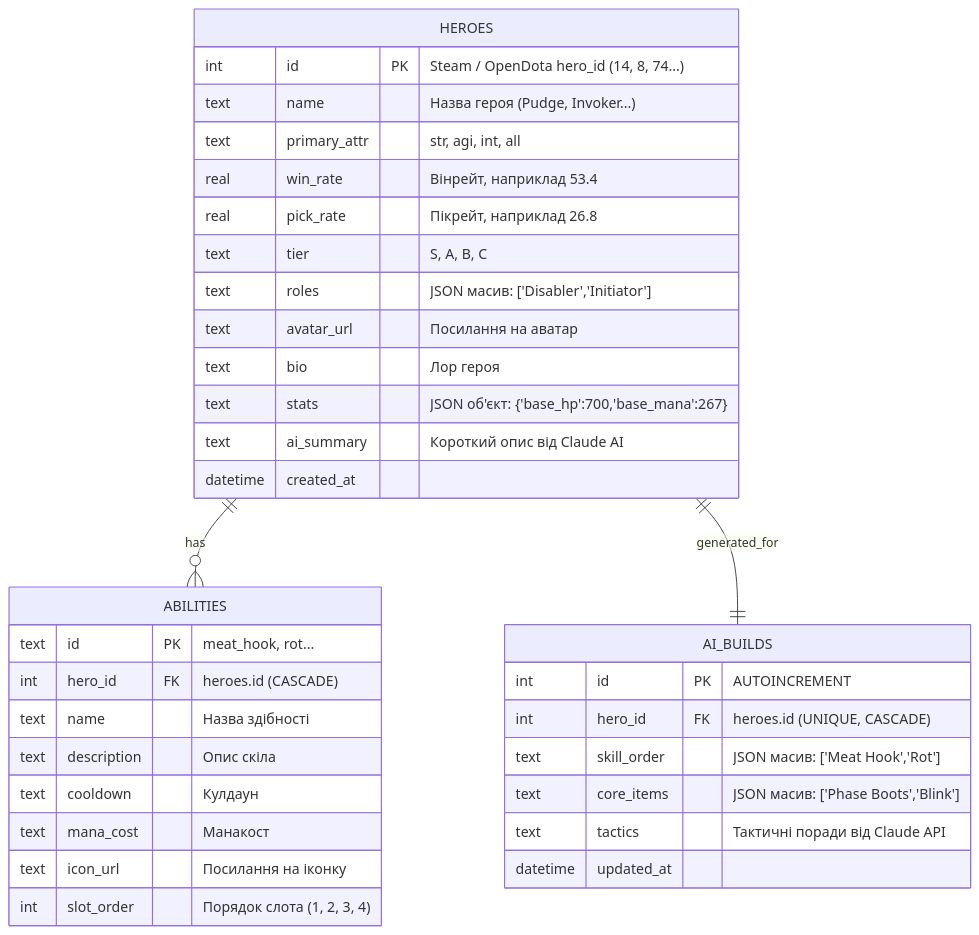
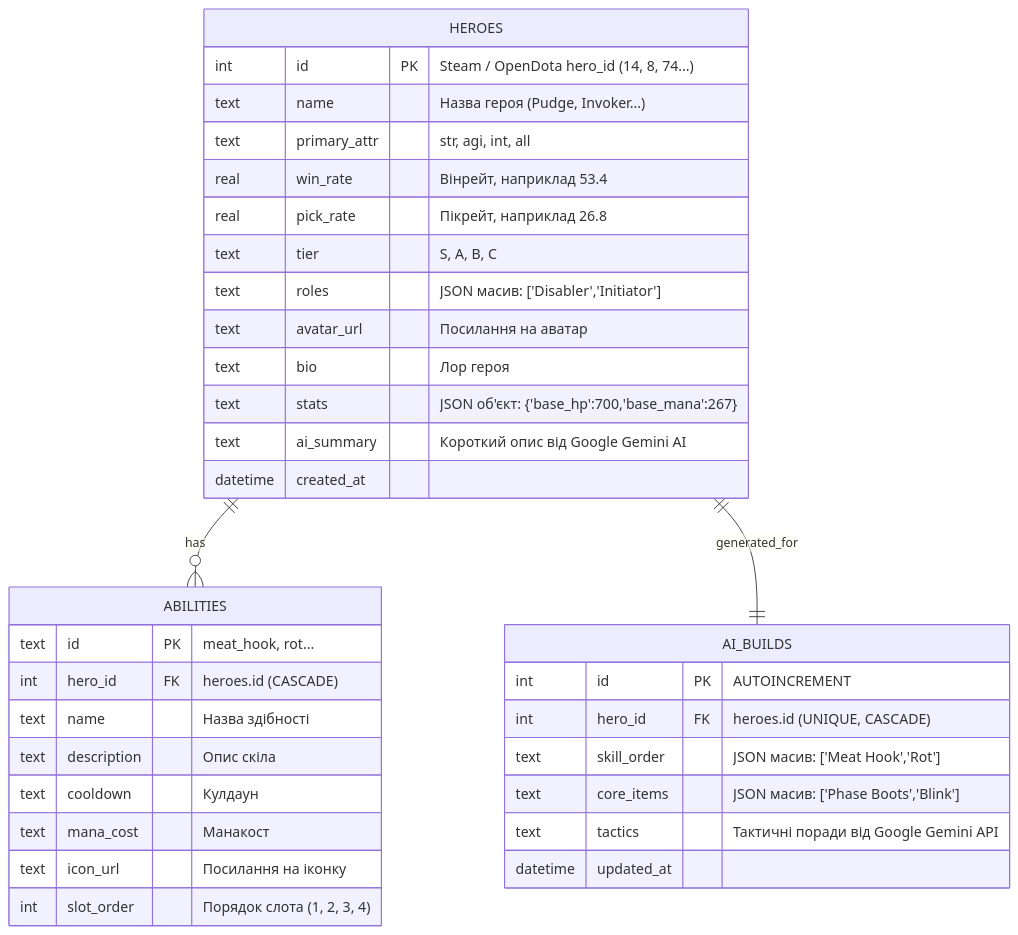
Before and after one commit to rei968/hakatone: the diagram in docs/DATABASE_ERD.md, drawn with Mermaid. The commit also changed 8 other files, not shown here.

Commit message:
docs: finalize MangoDota branding, Gemini AI integration, and complete HeroWithBuild OpenAPI schema

````diff
--- a/docs/DATABASE_ERD.md
+++ b/docs/DATABASE_ERD.md
@@ -8,40 +8,40 @@
 ```mermaid
 erDiagram
     HEROES ||--o{ ABILITIES : has
     HEROES ||--|| AI_BUILDS : generated_for
 
     HEROES {
         int id PK "Steam / OpenDota hero_id (14, 8, 74...)"
         text name "Назва героя (Pudge, Invoker...)"
         text primary_attr "str, agi, int, all"
         real win_rate "Вінрейт, наприклад 53.4"
         real pick_rate "Пікрейт, наприклад 26.8"
         text tier "S, A, B, C"
         text roles "JSON масив: ['Disabler','Initiator']"
         text avatar_url "Посилання на аватар"
         text bio "Лор героя"
         text stats "JSON об'єкт: {'base_hp':700,'base_mana':267}"
-        text ai_summary "Короткий опис від Claude AI"
+        text ai_summary "Короткий опис від Google Gemini AI"
         datetime created_at
     }
 
     ABILITIES {
         text id PK "meat_hook, rot..."
         int hero_id FK "heroes.id (CASCADE)"
         text name "Назва здібності"
         text description "Опис скіла"
         text cooldown "Кулдаун"
         text mana_cost "Манакост"
         text icon_url "Посилання на іконку"
         int slot_order "Порядок слота (1, 2, 3, 4)"
     }
 
     AI_BUILDS {
         int id PK "AUTOINCREMENT"
         int hero_id FK "heroes.id (UNIQUE, CASCADE)"
         text skill_order "JSON масив: ['Meat Hook','Rot']"
         text core_items "JSON масив: ['Phase Boots','Blink']"
-        text tactics "Тактичні поради від Claude API"
+        text tactics "Тактичні поради від Google Gemini API"
         datetime updated_at
     }
 ```
````
